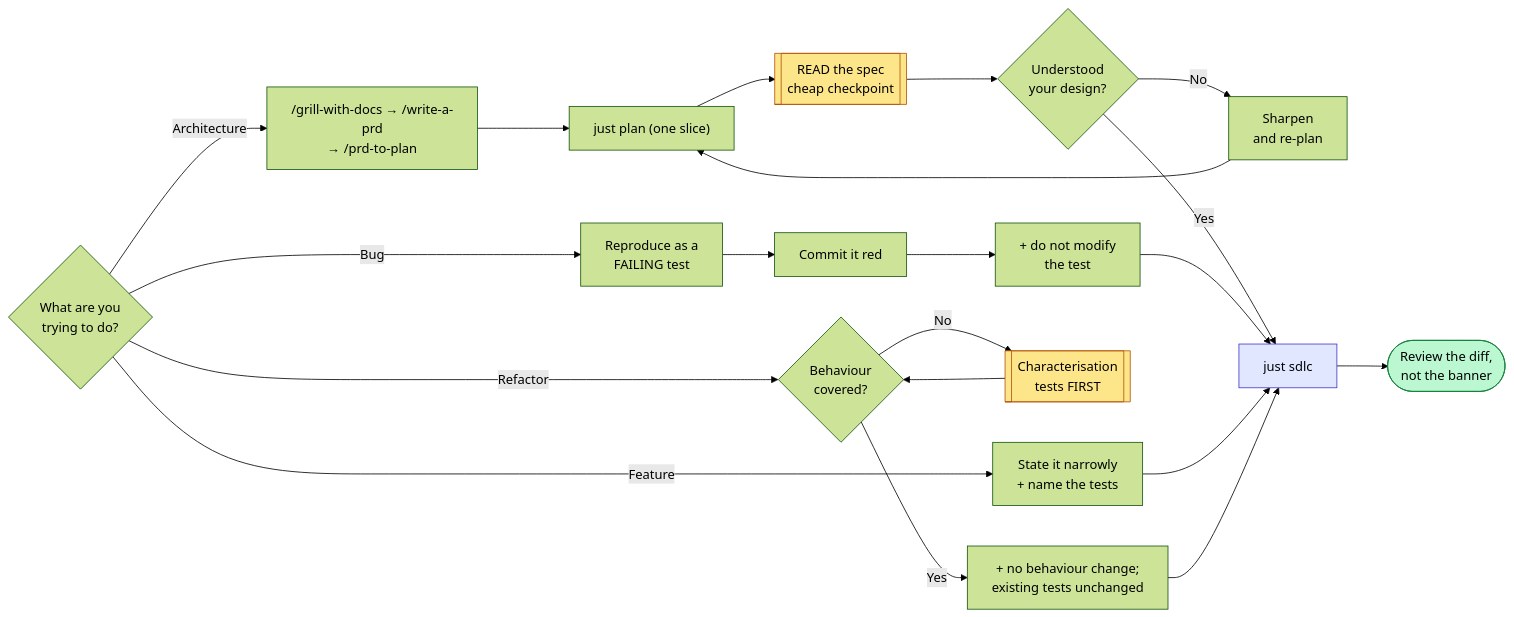
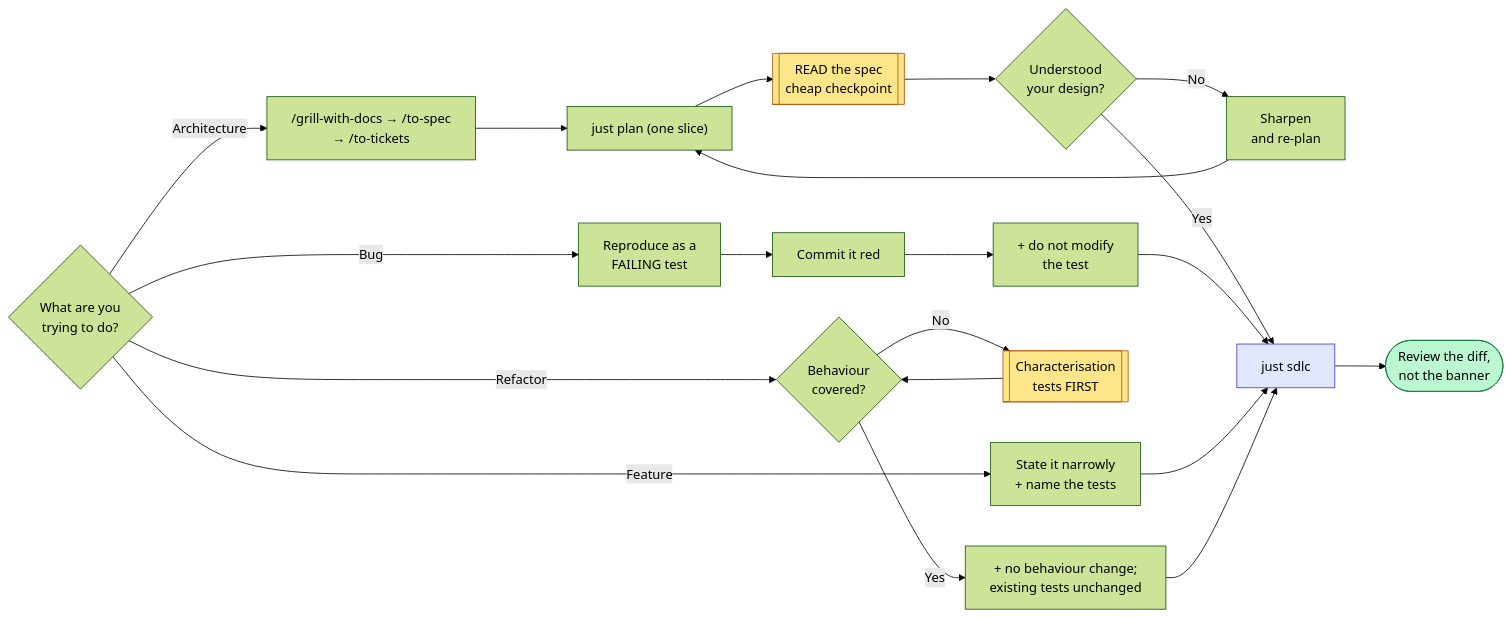
The third of 7 diagrams in docs/playbook-adopting-sssf.md (joystick/super-simple-software-factory), drawn with Mermaid (forest theme) before and after one commit. The commit also changed other lines of this file and 1 other file, not shown here.

````diff
--- a/docs/playbook-adopting-sssf.md
+++ b/docs/playbook-adopting-sssf.md
@@ -158,26 +160,26 @@
 ```mermaid
 flowchart LR
     Job{What are you<br/>trying to do?}
 
-    Job -->|Architecture| A1["/grill-with-docs → /write-a-prd<br/>→ /prd-to-plan"]
+    Job -->|Architecture| A1["/grill-with-docs → /to-spec<br/>→ /to-tickets"]
     A1 --> A2["just plan (one slice)"]
     A2 --> A3[["READ the spec<br/>cheap checkpoint"]]
     A3 --> A4{Understood<br/>your design?}
     A4 -->|No| A5[Sharpen<br/>and re-plan] --> A2
     A4 -->|Yes| Run
 
     Job -->|Bug| B1[Reproduce as a<br/>FAILING test] --> B2[Commit it red] --> B3["+ do not modify<br/>the test"] --> Run
 
     Job -->|Feature| C1[State it narrowly<br/>+ name the tests] --> Run
 
     Job -->|Refactor| D1{Behaviour<br/>covered?}
     D1 -->|No| D2[["Characterisation<br/>tests FIRST"]] --> D1
     D1 -->|Yes| D3["+ no behaviour change;<br/>existing tests unchanged"] --> Run
 
     Run["just sdlc"] --> Rev([Review the diff,<br/>not the banner])
 
     style A3 fill:#fde68a,stroke:#b45309,color:#000
     style D2 fill:#fde68a,stroke:#b45309,color:#000
     style Run fill:#e0e7ff,stroke:#4338ca,color:#000
     style Rev fill:#bbf7d0,stroke:#15803d,color:#000
 ```
````
